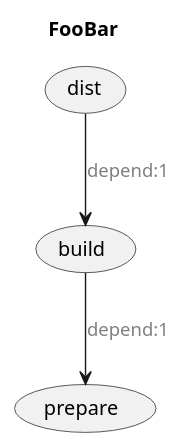
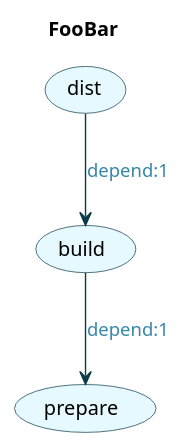
The diagram in resources/puml/phing-doc.puml (jawira/phing-visualizer), drawn with PlantUML before and after one commit. The commit also changed 7 other files, not shown here.

```diff
--- a/resources/puml/phing-doc.puml
+++ b/resources/puml/phing-doc.puml
@@ -2,14 +1,19 @@
-        @startuml
-        
-            title FooBar
-        skinparam arrowFontColor Grey
-        
-            (prepare)
-            
-            (build)
-            
-            (build) --> (prepare) : depend:1
-            (dist)
-            
-            (dist) --> (build) : depend:1
-        @enduml
+@startuml
+
+title FooBar
+skinparam Arrow {
+    Color #0C3A49
+    FontColor #3787A6
+}
+skinparam Usecase {
+    BackgroundColor #E6F9FE
+    BorderColor #0C3A49
+}
+
+(prepare)
+(build)
+(dist)
+
+(build) --> (prepare) : depend:1
+(dist) --> (build) : depend:1
+@enduml
```
